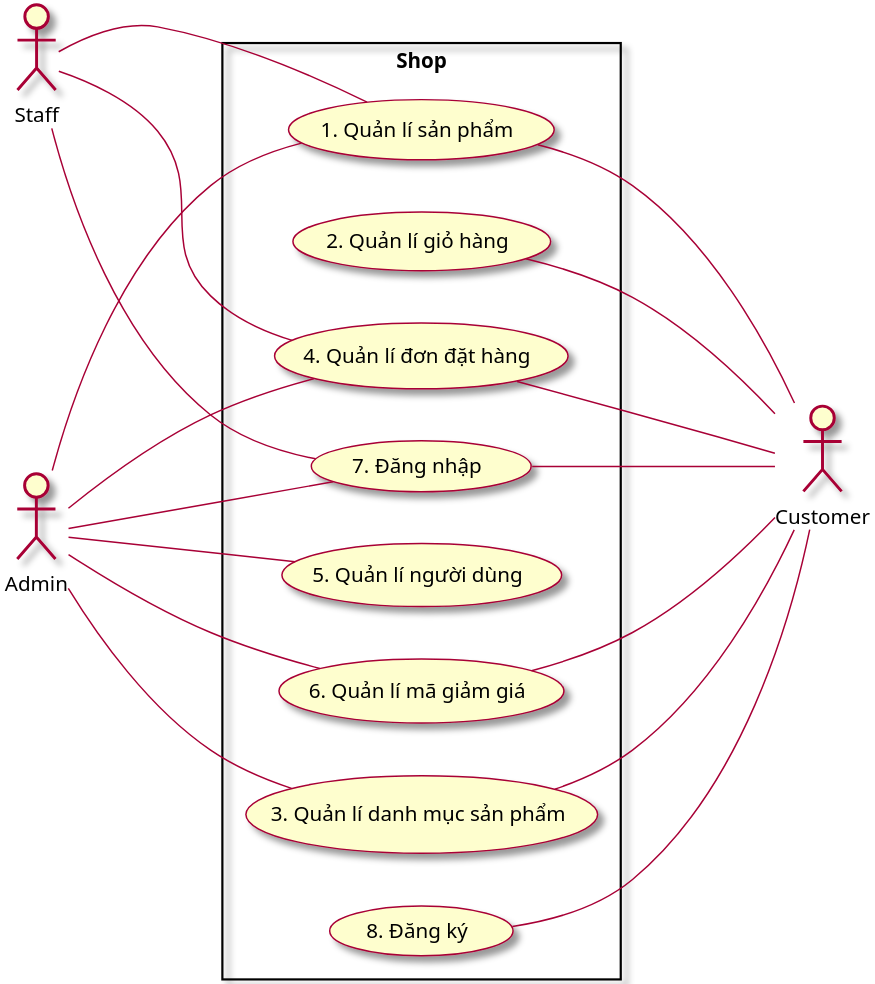
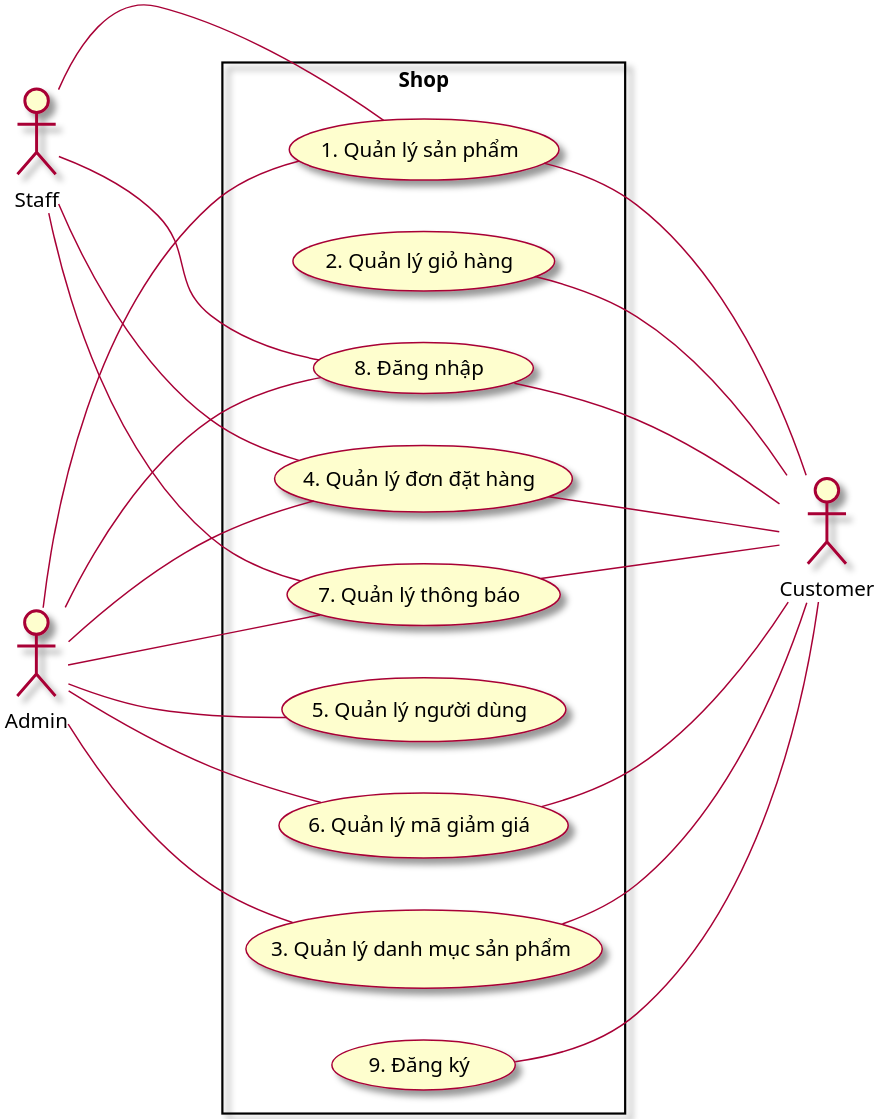
The diagram in Usecase/0. GeneralUsecase.puml (Marowota/ecommerce-plantuml), drawn with PlantUML before and after one commit. The commit also changed 7 other files, not shown here.

```diff
--- a/Usecase/0. GeneralUsecase.puml
+++ b/Usecase/0. GeneralUsecase.puml
@@ -1,42 +1,47 @@
 @startuml GeneralUsecase
 skin rose
 scale 3
 
 left to right direction
 
 actor Admin as admin
 actor Customer as customer
 actor Staff as staff
 
 rectangle "Shop" {
-    usecase (1. Quản lí sản phẩm) as qlsp
-    usecase (2. Quản lí giỏ hàng) as qlgh
-    usecase (3. Quản lí danh mục sản phẩm) as qldmsp
-    usecase (4. Quản lí đơn đặt hàng) as qlddh
-    usecase (5. Quản lí người dùng) as qlnd
-    usecase (6. Quản lí mã giảm giá) as qlmgg
-    usecase (7. Đăng nhập) as dn
-    usecase (8. Đăng ký) as dk
+    usecase (1. Quản lý sản phẩm) as qlsp
+    usecase (2. Quản lý giỏ hàng) as qlgh
+    usecase (3. Quản lý danh mục sản phẩm) as qldmsp
+    usecase (4. Quản lý đơn đặt hàng) as qlddh
+    usecase (5. Quản lý người dùng) as qlnd
+    usecase (6. Quản lý mã giảm giá) as qlmgg
+    usecase (7. Quản lý thông báo) as qltb
+    usecase (8. Đăng nhập) as dn
+    usecase (9. Đăng ký) as dk
+
 }
 
 admin --- qlsp
 admin --- qldmsp
 admin --- qlddh
 admin --- qlnd
 admin --- qlmgg
 admin --- dn
+admin --- qltb
 
 qlsp --- customer
 qlgh --- customer
 qldmsp --- customer
 qlddh --- customer
 qlmgg --- customer
 dn --- customer
 dk --- customer
+qltb --- customer
 
-staff --- qlsp
+staff - qlsp
 staff --- qlddh
 staff --- dn
+staff --- qltb
 
 
 @enduml
```
